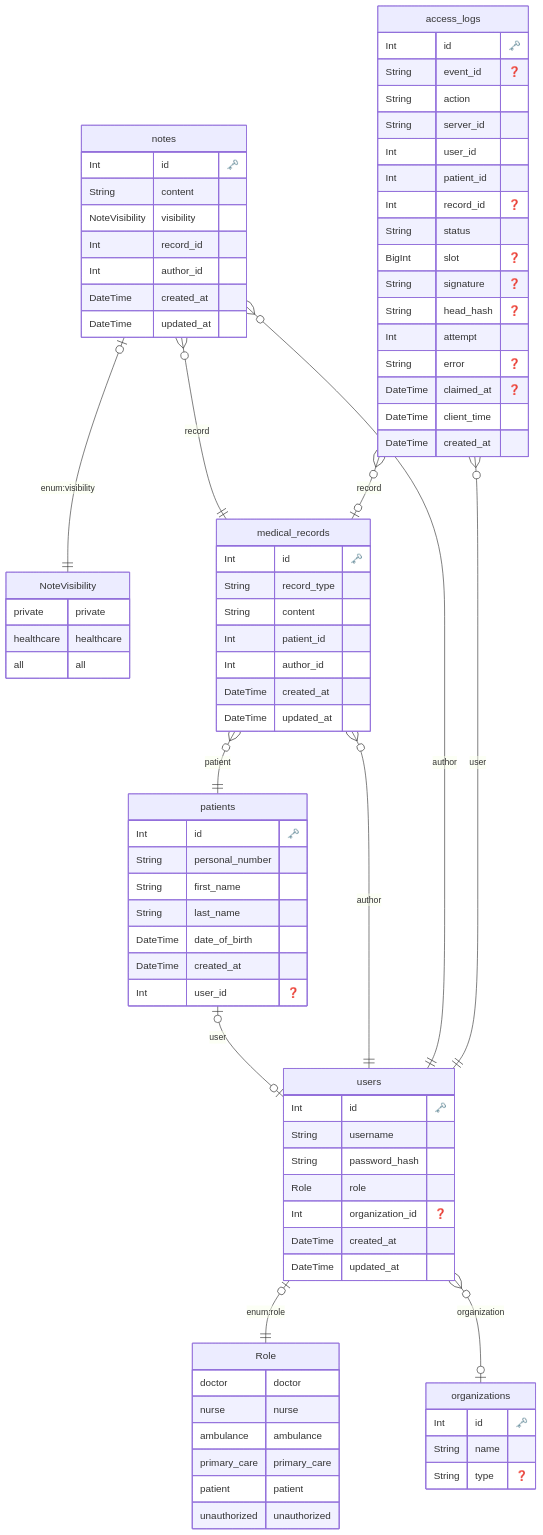
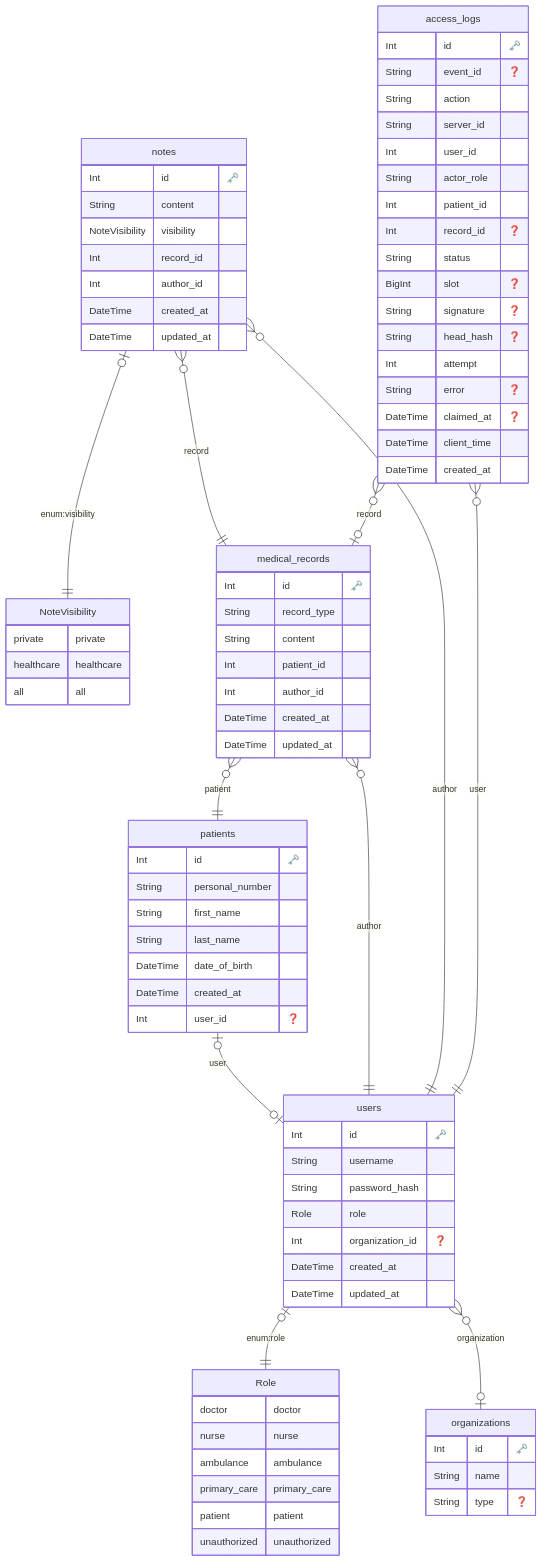
Before and after one commit to matdevstamp/healthaccess-solana: the diagram in docs/diagrams/data-model.md, drawn with Mermaid. The commit also changed 23 other files, not shown here.

```diff
--- a/docs/diagrams/data-model.md
+++ b/docs/diagrams/data-model.md
@@ -75,6 +75,7 @@
     String action 
     String server_id 
     Int user_id 
+    String actor_role 
     Int patient_id 
     Int record_id "❓"
     String status 
```
